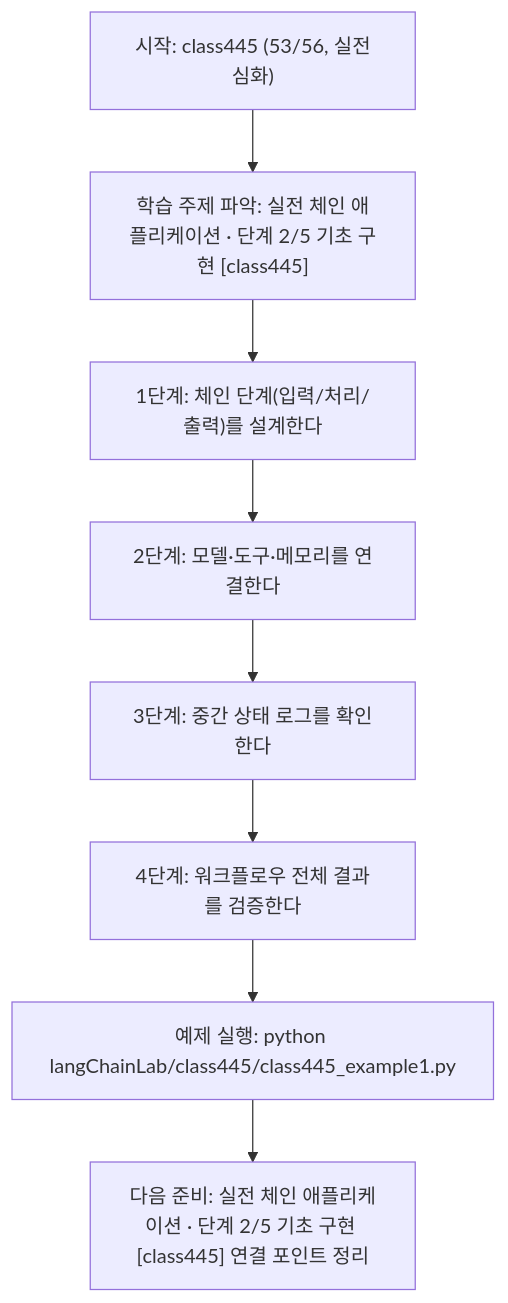
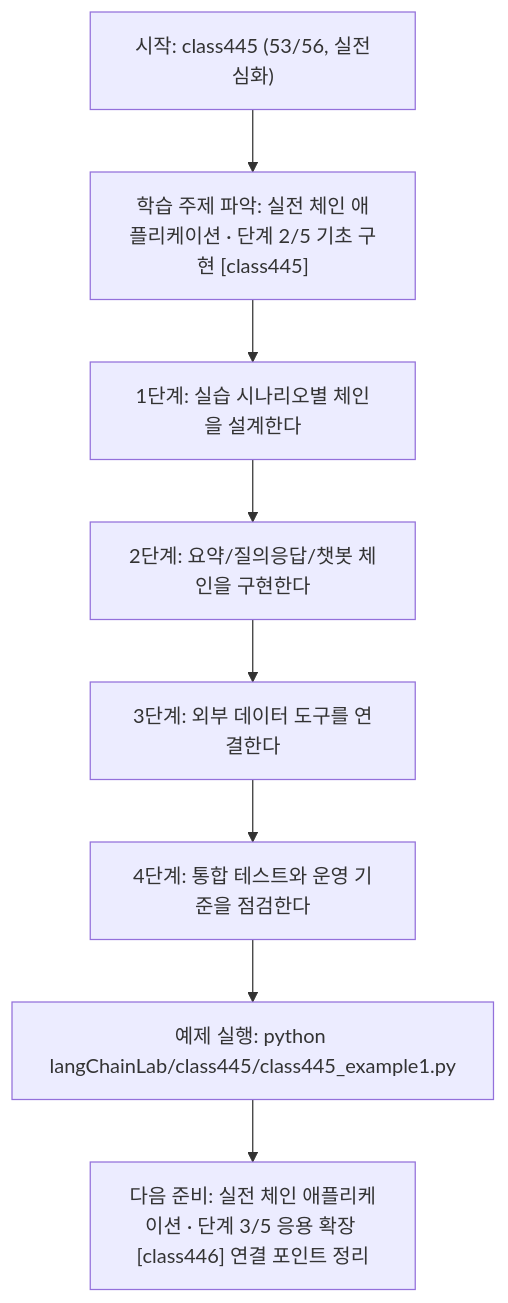
The diagram in langChainLab/class445/class445.md (edumgt/Python-AI_Agent-Class), drawn with Mermaid before and after one commit. The commit also changed other lines of this file and 395 other files, not shown here.

````diff
--- a/langChainLab/class445/class445.md
+++ b/langChainLab/class445/class445.md
@@ -110,18 +91,18 @@
 ```mermaid
 flowchart TD
 N1["시작: class445 (53/56, 실전심화)"]
 N2["학습 주제 파악: 실전 체인 애플리케이션 · 단계 2/5 기초 구현 [class445]"]
-N3["1단계: 체인 단계(입력/처리/출력)를 설계한다"]
-N4["2단계: 모델·도구·메모리를 연결한다"]
-N5["3단계: 중간 상태 로그를 확인한다"]
-N6["4단계: 워크플로우 전체 결과를 검증한다"]
+N3["1단계: 실습 시나리오별 체인을 설계한다"]
+N4["2단계: 요약/질의응답/챗봇 체인을 구현한다"]
+N5["3단계: 외부 데이터 도구를 연결한다"]
+N6["4단계: 통합 테스트와 운영 기준을 점검한다"]
 N7["예제 실행: python langChainLab/class445/class445_example1.py"]
-N8["다음 준비: 실전 체인 애플리케이션 · 단계 2/5 기초 구현 [class445] 연결 포인트 정리"]
+N8["다음 준비: 실전 체인 애플리케이션 · 단계 3/5 응용 확장 [class446] 연결 포인트 정리"]
 N1 --> N2
 N2 --> N3
 N3 --> N4
 N4 --> N5
 N5 --> N6
 N6 --> N7
 N7 --> N8
 ```
````
